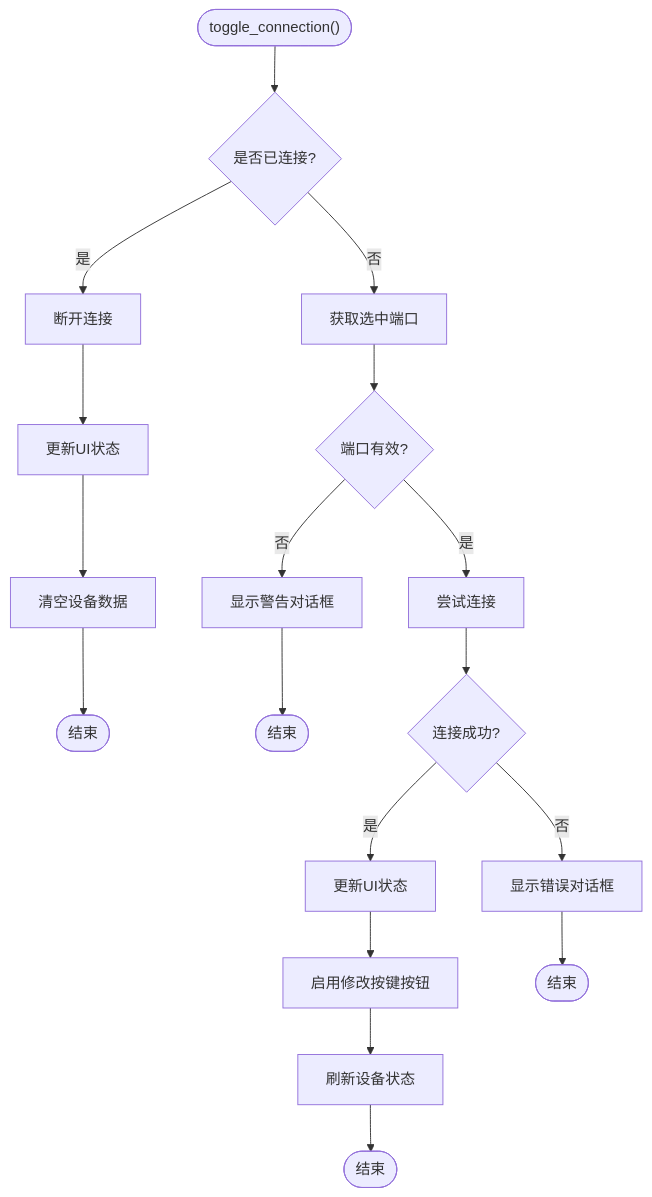
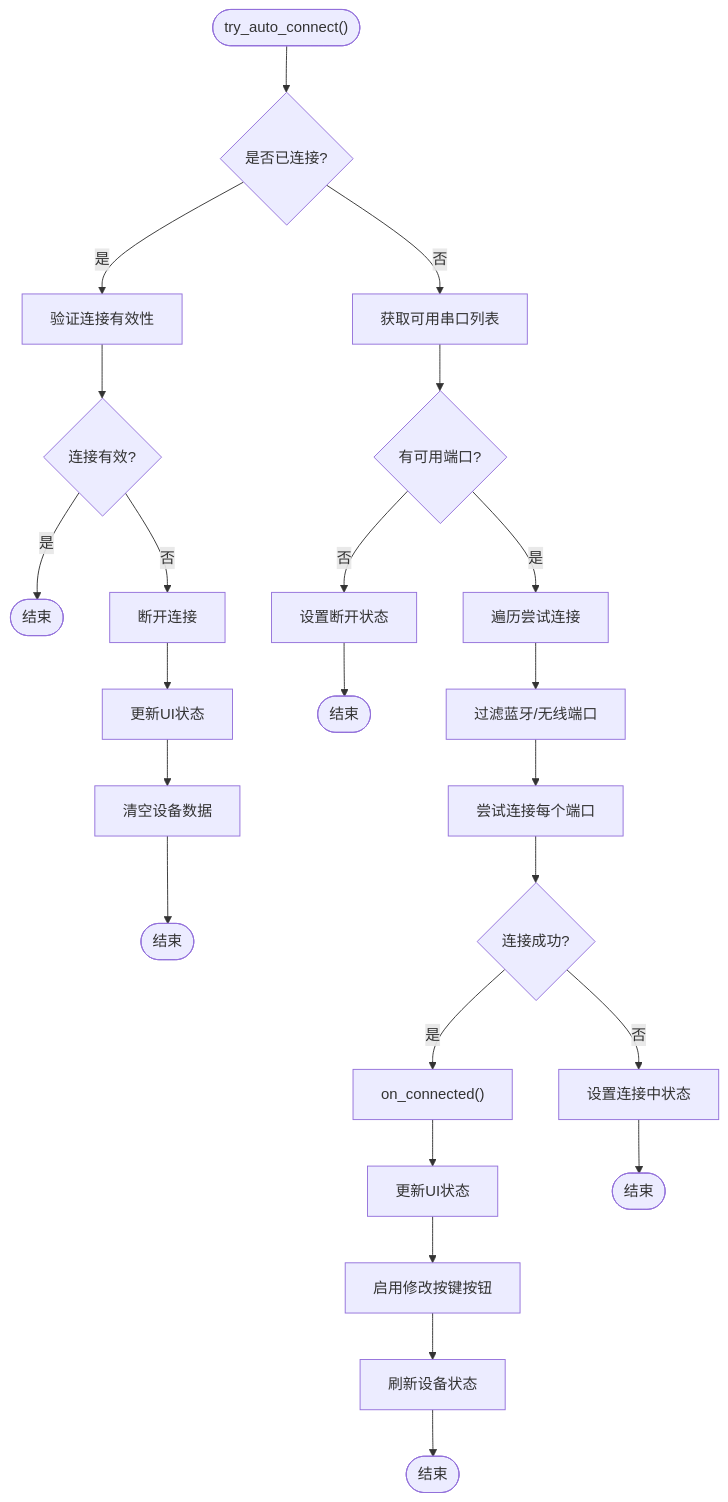
Before and after one commit to Hankun-P/wireless-keyboard-toy: the sixth of 11 diagrams in .qoder/repowiki/zh/content/桌面应用架构/桌面应用架构.md, drawn with Mermaid. The commit also changed other lines of this file and 10 other files, not shown here.

````diff
--- a/.qoder/repowiki/zh/content/桌面应用架构/桌面应用架构.md
+++ b/.qoder/repowiki/zh/content/桌面应用架构/桌面应用架构.md
@@ -310,20 +375,26 @@
 ```mermaid
 flowchart TD
-Start(["toggle_connection()"]) --> CheckConn{"是否已连接?"}
-CheckConn --> |是| Disconnect["断开连接"]
+Start(["try_auto_connect()"]) --> CheckConn{"是否已连接?"}
+CheckConn --> |是| ValidateConn["验证连接有效性"]
+ValidateConn --> Valid{"连接有效?"}
+Valid --> |是| End1(["结束"])
+Valid --> |否| Disconnect["断开连接"]
 Disconnect --> UpdateUI1["更新UI状态"]
 UpdateUI1 --> ClearData["清空设备数据"]
-ClearData --> End1(["结束"])
-CheckConn --> |否| GetPort["获取选中端口"]
-GetPort --> Validate{"端口有效?"}
-Validate --> |否| ShowWarning["显示警告对话框"]
-ShowWarning --> End2(["结束"])
-Validate --> |是| TryConnect["尝试连接"]
-TryConnect --> ConnectSuccess{"连接成功?"}
-ConnectSuccess --> |是| UpdateUI2["更新UI状态"]
+ClearData --> End2(["结束"])
+CheckConn --> |否| ListPorts["获取可用串口列表"]
+ListPorts --> HasPorts{"有可用端口?"}
+HasPorts --> |否| SetDisconnected["设置断开状态"]
+SetDisconnected --> End3(["结束"])
+HasPorts --> |是| TryConnect["遍历尝试连接"]
+TryConnect --> FilterPorts["过滤蓝牙/无线端口"]
+FilterPorts --> ConnectAttempt["尝试连接每个端口"]
+ConnectAttempt --> ConnectSuccess{"连接成功?"}
+ConnectSuccess --> |是| OnConnected["on_connected()"]
+OnConnected --> UpdateUI2["更新UI状态"]
 UpdateUI2 --> EnableBtn["启用修改按键按钮"]
 EnableBtn --> Refresh["刷新设备状态"]
-Refresh --> End3(["结束"])
-ConnectSuccess --> |否| ShowError["显示错误对话框"]
-ShowError --> End4(["结束"])
+Refresh --> End4(["结束"])
+ConnectSuccess --> |否| SetConnecting["设置连接中状态"]
+SetConnecting --> End5(["结束"])
 ```
````
